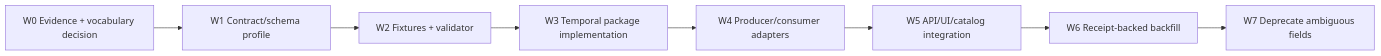
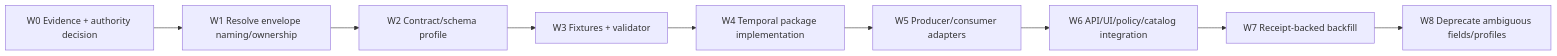
Before and after one commit to bartytime4life/Kansas-Frontier-Matrix: the diagram in docs/adr/ADR-0014-temporal-vocabulary--six-time-kinds-tracked.md, drawn with Mermaid. The commit also changed other lines of this file, not shown here.

Commit message:
docs(adr): refresh ADR-0014 temporal evidence

````diff
--- a/docs/adr/ADR-0014-temporal-vocabulary--six-time-kinds-tracked.md
+++ b/docs/adr/ADR-0014-temporal-vocabulary--six-time-kinds-tracked.md
@@ -694,10 +867,11 @@
 ```mermaid
 flowchart LR
-    W0["W0 Evidence + vocabulary decision"] --> W1["W1 Contract/schema profile"]
-    W1 --> W2["W2 Fixtures + validator"]
-    W2 --> W3["W3 Temporal package implementation"]
-    W3 --> W4["W4 Producer/consumer adapters"]
-    W4 --> W5["W5 API/UI/catalog integration"]
-    W5 --> W6["W6 Receipt-backed backfill"]
-    W6 --> W7["W7 Deprecate ambiguous fields"]
+    W0["W0 Evidence + authority decision"] --> W1["W1 Resolve envelope naming/ownership"]
+    W1 --> W2["W2 Contract/schema profile"]
+    W2 --> W3["W3 Fixtures + validator"]
+    W3 --> W4["W4 Temporal package implementation"]
+    W4 --> W5["W5 Producer/consumer adapters"]
+    W5 --> W6["W6 API/UI/policy/catalog integration"]
+    W6 --> W7["W7 Receipt-backed backfill"]
+    W7 --> W8["W8 Deprecate ambiguous fields/profiles"]
 ```
````
